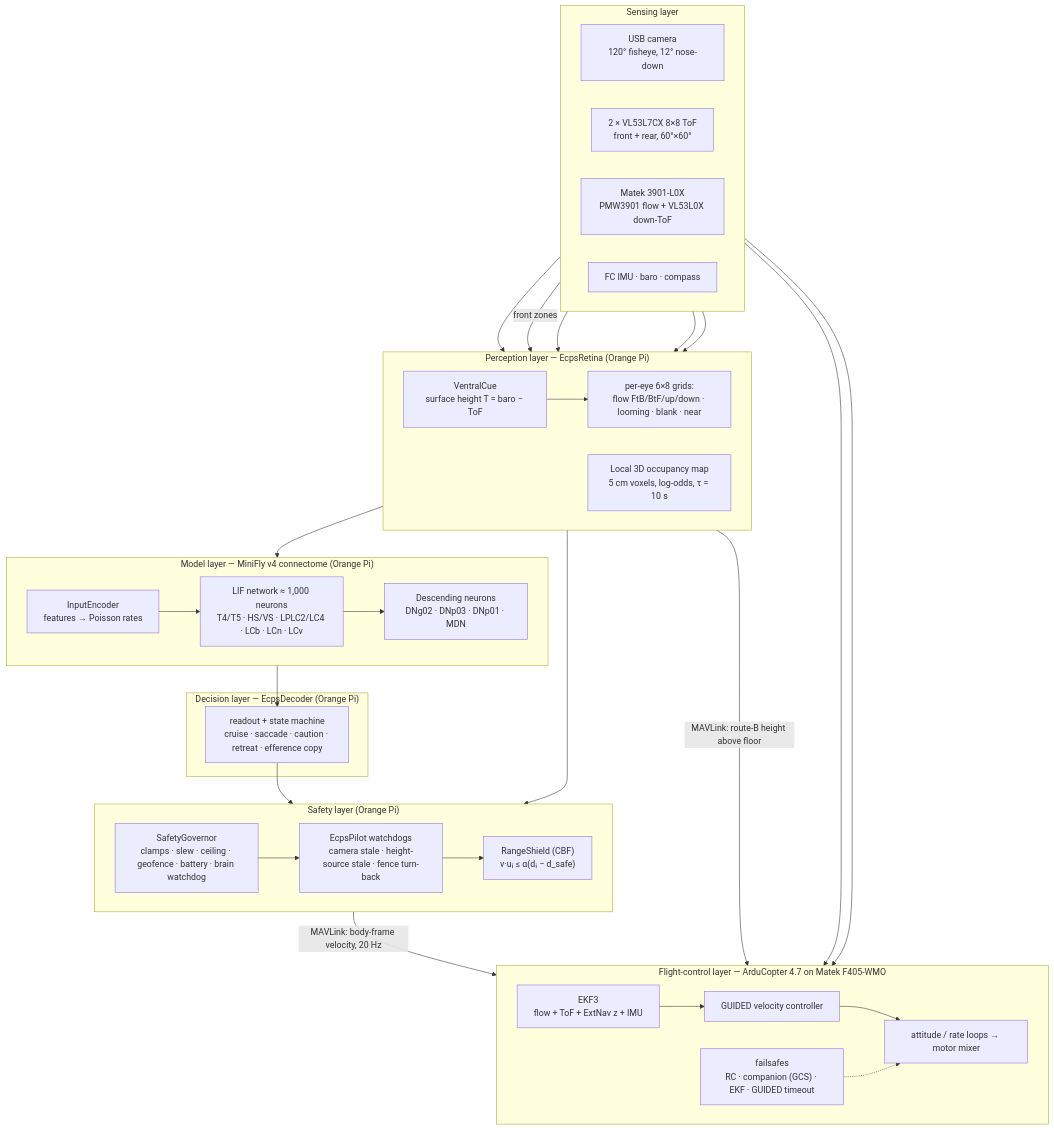
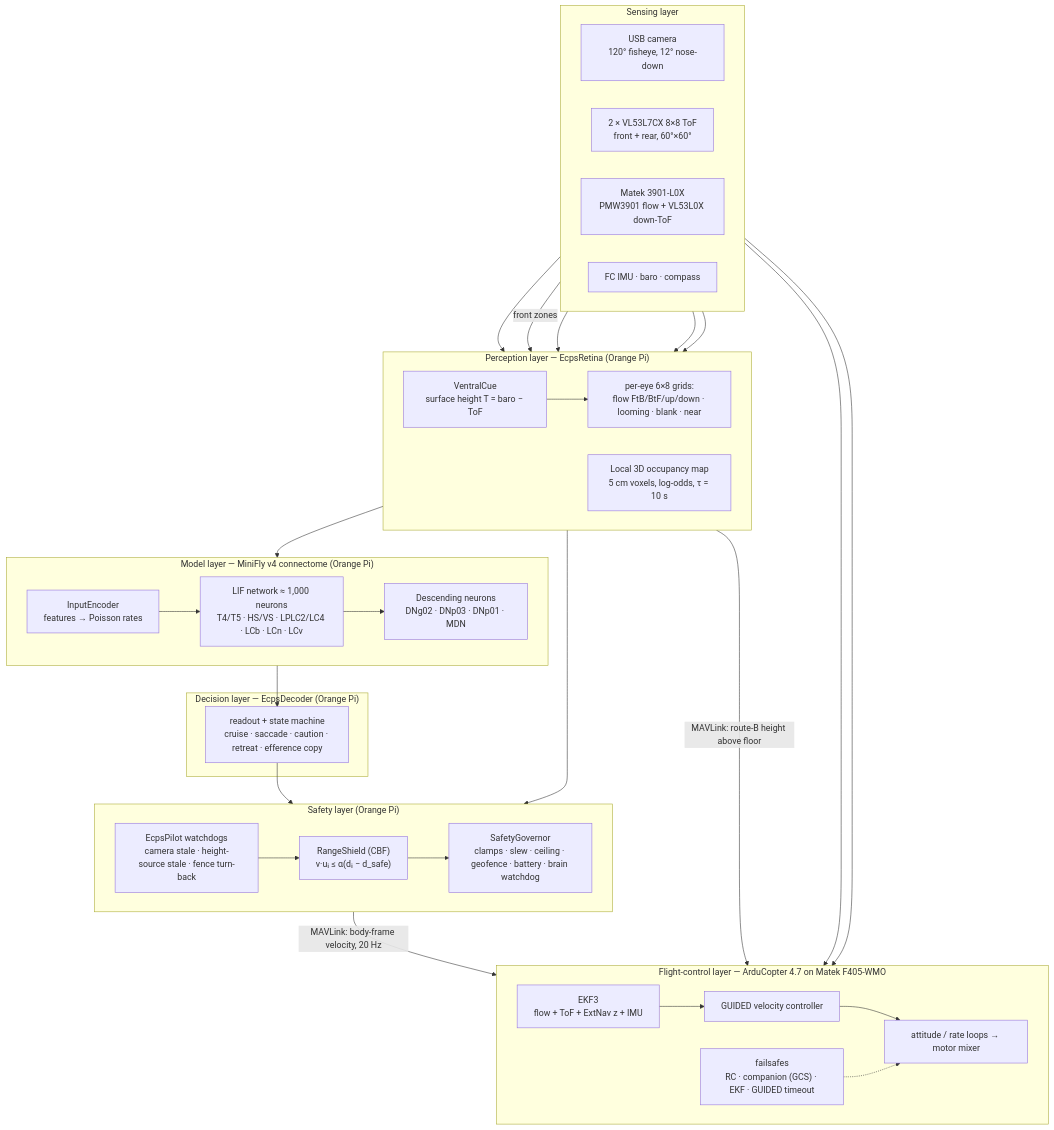
One commit to jiewent1-cmyk/FlyDrones changed the first of 17 diagrams in ecps295/docs/ARCHITECTURE.md. Above: the diagram before and after it, drawn with Mermaid. The commit also changed other lines of this file and 129 other files, not shown here.

````diff
--- a/ecps295/docs/ARCHITECTURE.md
+++ b/ecps295/docs/ARCHITECTURE.md
@@ -43,59 +43,59 @@
 ```mermaid
 flowchart TB
   subgraph SENSE["Sensing layer"]
     direction LR
     CAM["USB camera<br/>120° fisheye, 12° nose-down"]
     TOF8["2 × VL53L7CX 8×8 ToF<br/>front + rear, 60°×60°"]
     FLOW["Matek 3901-L0X<br/>PMW3901 flow + VL53L0X down-ToF"]
     IMU["FC IMU · baro · compass"]
   end
 
   subgraph PERC["Perception layer — EcpsRetina (Orange Pi)"]
     direction LR
     RET["per-eye 6×8 grids:<br/>flow FtB/BtF/up/down · looming · blank · near"]
     VEN["VentralCue<br/>surface height T = baro − ToF"]
     MAP["Local 3D occupancy map<br/>5 cm voxels, log-odds, τ = 10 s"]
   end
 
   subgraph MODEL["Model layer — MiniFly v4 connectome (Orange Pi)"]
     direction LR
     ENC["InputEncoder<br/>features → Poisson rates"]
     LIF["LIF network ≈ 1,000 neurons<br/>T4/T5 · HS/VS · LPLC2/LC4 · LCb · LCn · LCv"]
     DN["Descending neurons<br/>DNg02 · DNp03 · DNp01 · MDN"]
   end
 
   subgraph DEC["Decision layer — EcpsDecoder (Orange Pi)"]
     D1["readout + state machine<br/>cruise · saccade · caution · retreat · efference copy"]
   end
 
   subgraph SAFE["Safety layer (Orange Pi)"]
     direction LR
     GOV["SafetyGovernor<br/>clamps · slew · ceiling · geofence · battery · brain watchdog"]
     PIL["EcpsPilot watchdogs<br/>camera stale · height-source stale · fence turn-back"]
     SH["RangeShield (CBF)<br/>v·uᵢ ≤ α(dᵢ − d_safe)"]
   end
 
   subgraph FC["Flight-control layer — ArduCopter 4.7 on Matek F405-WMO"]
     direction LR
     EKF["EKF3<br/>flow + ToF + ExtNav z + IMU"]
     GUID["GUIDED velocity controller"]
     ATT["attitude / rate loops → motor mixer"]
     FS["failsafes<br/>RC · companion (GCS) · EKF · GUIDED timeout"]
   end
 
   CAM --> RET
   TOF8 -->|front zones| RET
   TOF8 --> MAP
   FLOW --> VEN
   IMU --> VEN
   VEN --> RET
   RET --> ENC --> LIF --> DN --> D1
-  D1 --> GOV --> PIL --> SH
+  D1 --> PIL --> SH --> GOV
   MAP --> SH
-  SH -->|"MAVLink: body-frame velocity, 20 Hz"| GUID
+  GOV -->|"MAVLink: body-frame velocity, 20 Hz"| GUID
   VEN -->|"MAVLink: route-B height above floor"| EKF
   FLOW --> EKF
   IMU --> EKF
   EKF --> GUID --> ATT
   FS -.-> ATT
 ```
````
